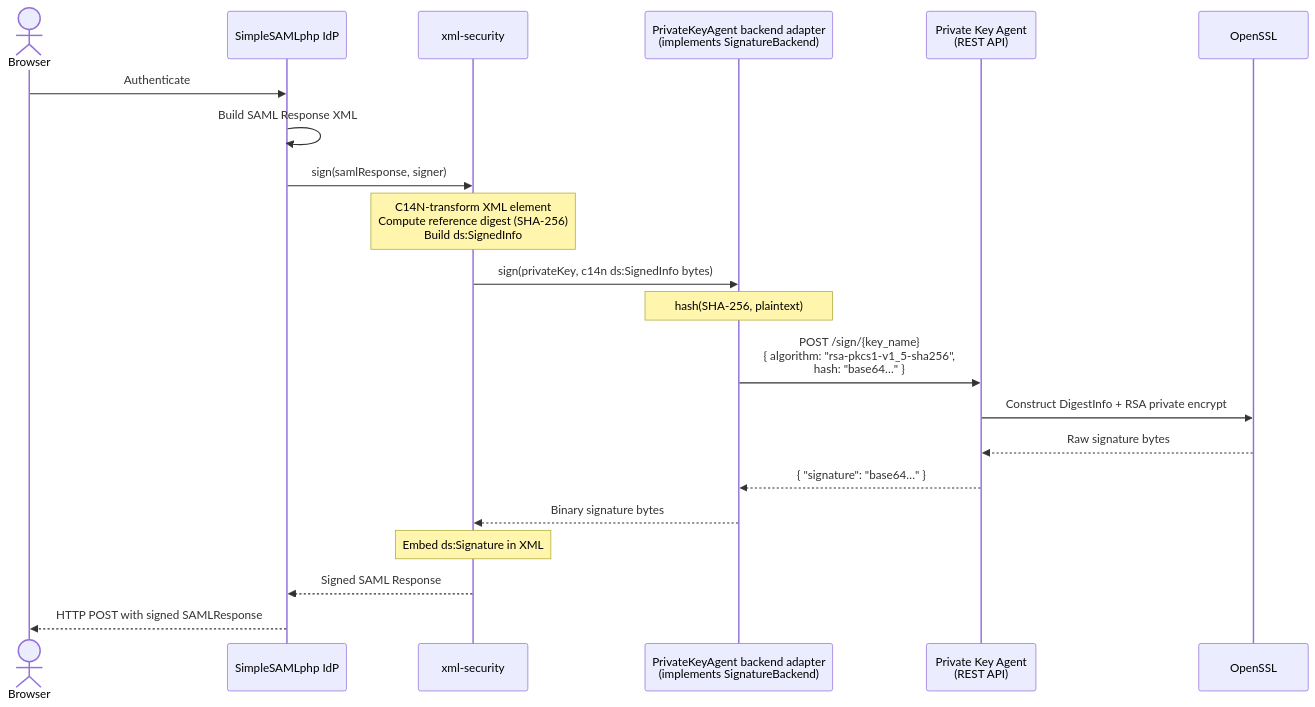
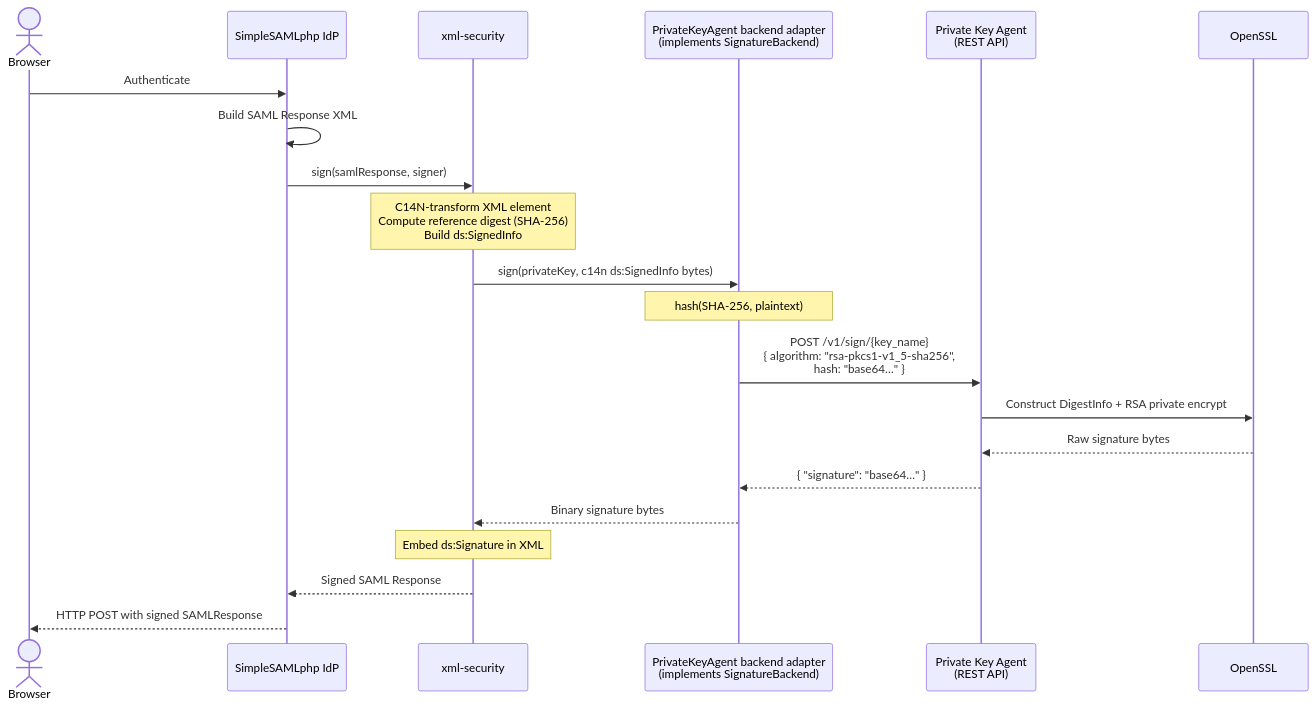
One commit to OpenConext/OpenConext-private-key-agent changed the first of 3 diagrams in docs/DESIGN-SPECIFICATION.md. Above: the diagram before and after it, drawn with Mermaid. The commit also changed other lines of this file and 18 other files, not shown here.

````diff
--- a/docs/DESIGN-SPECIFICATION.md
+++ b/docs/DESIGN-SPECIFICATION.md
@@ -54,25 +54,25 @@
 ```mermaid
 sequenceDiagram
     actor Browser
     participant IdP as SimpleSAMLphp IdP
     participant XMLSec as xml-security
     participant Adapter as PrivateKeyAgent backend adapter<br/>(implements SignatureBackend)
     participant Agent as Private Key Agent<br/>(REST API)
     participant Backend as OpenSSL
 
     Browser->>IdP: Authenticate
     IdP->>IdP: Build SAML Response XML
     IdP->>XMLSec: sign(samlResponse, signer)
 
     Note over XMLSec: C14N-transform XML element<br/>Compute reference digest (SHA-256)<br/>Build ds:SignedInfo
     XMLSec->>Adapter: sign(privateKey, c14n ds:SignedInfo bytes)
     Note over Adapter: hash(SHA-256, plaintext)
-    Adapter->>Agent: POST /sign/{key_name}<br/>{ algorithm: "rsa-pkcs1-v1_5-sha256",<br/>  hash: "base64…" }
+    Adapter->>Agent: POST /v1/sign/{key_name}<br/>{ algorithm: "rsa-pkcs1-v1_5-sha256",<br/>  hash: "base64…" }
     Agent->>Backend: Construct DigestInfo + RSA private encrypt
     Backend-->>Agent: Raw signature bytes
     Agent-->>Adapter: { "signature": "base64…" }
     Adapter-->>XMLSec: Binary signature bytes
     Note over XMLSec: Embed ds:Signature in XML
     XMLSec-->>IdP: Signed SAML Response
     IdP-->>Browser: HTTP POST with signed SAMLResponse
 ```
````
